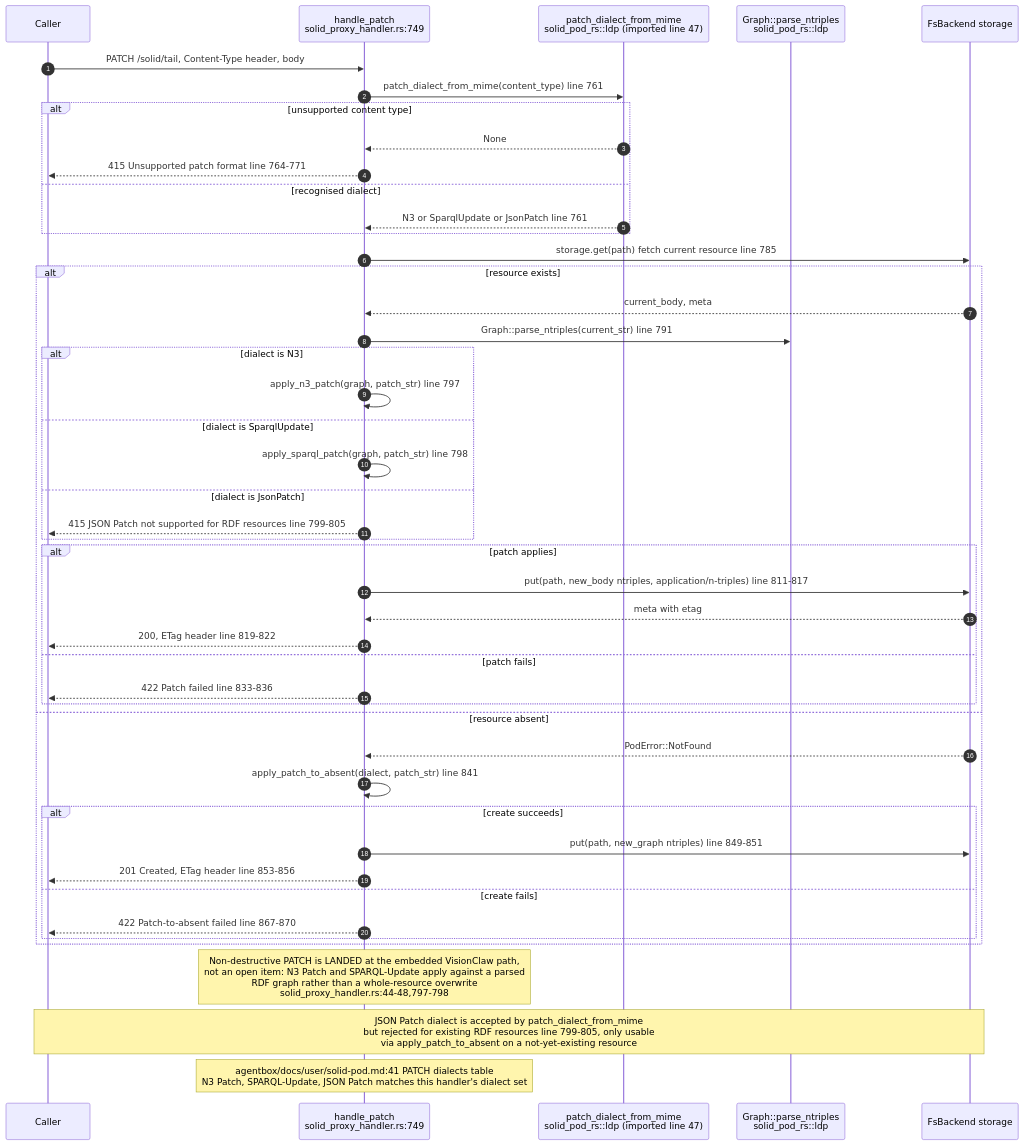
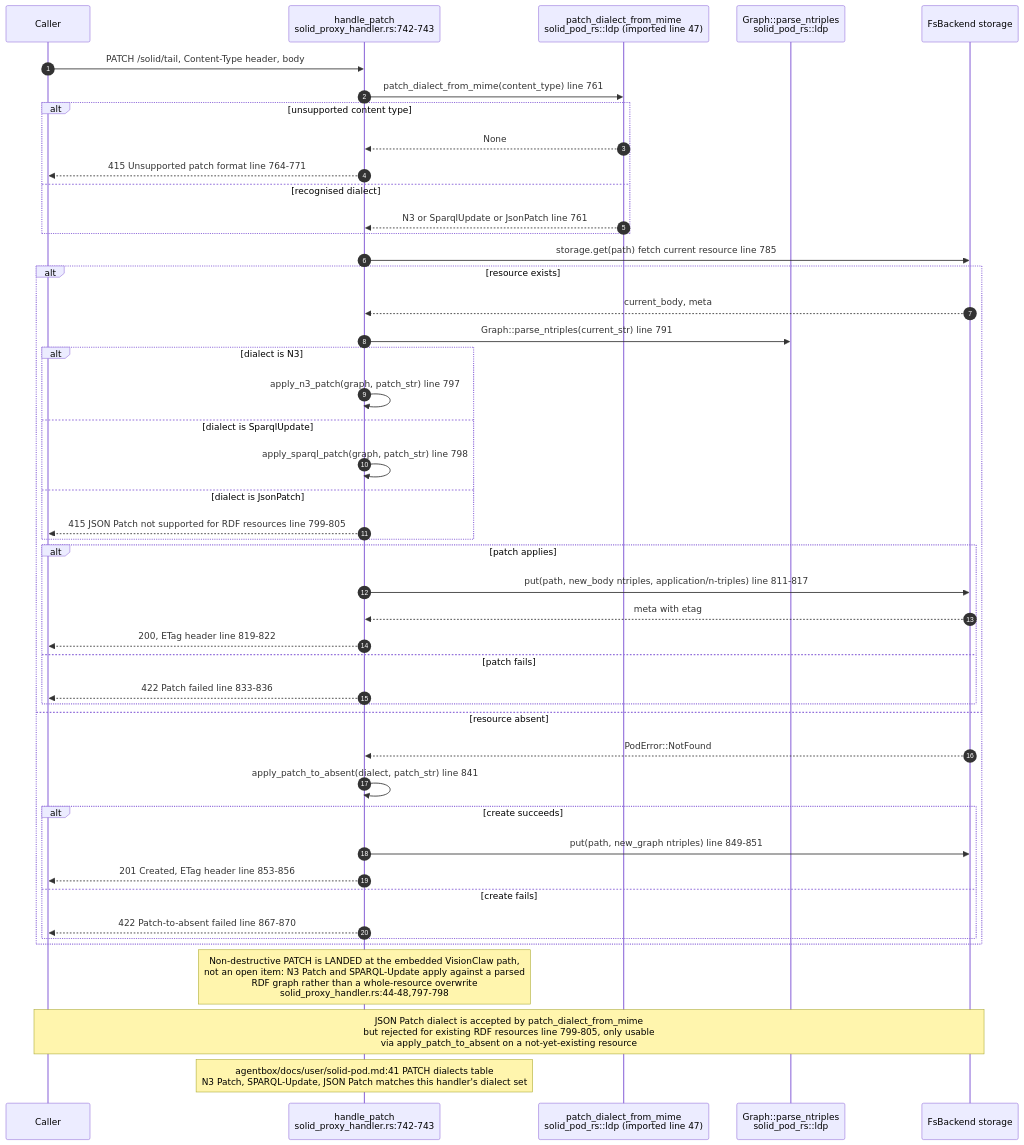
The sixth of 10 diagrams in docs/diagrams/estate/08-solid-pod-estate.md (DreamLab-AI/AR-AI-Knowledge-Graph), drawn with Mermaid before and after one commit. The commit also changed other lines of this file and 36 other files, not shown here.

````diff
--- a/docs/diagrams/estate/08-solid-pod-estate.md
+++ b/docs/diagrams/estate/08-solid-pod-estate.md
@@ -251,51 +251,51 @@
 ```mermaid
 sequenceDiagram
     autonumber
     participant C as Caller
-    participant H as handle_patch<br/>solid_proxy_handler.rs:749
+    participant H as handle_patch<br/>solid_proxy_handler.rs:742-743
     participant D as patch_dialect_from_mime<br/>solid_pod_rs::ldp (imported line 47)
     participant G as Graph::parse_ntriples<br/>solid_pod_rs::ldp
     participant FS as FsBackend storage
 
     C->>H: PATCH /solid/tail, Content-Type header, body
     H->>D: patch_dialect_from_mime(content_type) line 761
     alt unsupported content type
         D-->>H: None
         H-->>C: 415 Unsupported patch format line 764-771
     else recognised dialect
         D-->>H: N3 or SparqlUpdate or JsonPatch line 761
     end
 
     H->>FS: storage.get(path) fetch current resource line 785
     alt resource exists
         FS-->>H: current_body, meta
         H->>G: Graph::parse_ntriples(current_str) line 791
         alt dialect is N3
             H->>H: apply_n3_patch(graph, patch_str) line 797
         else dialect is SparqlUpdate
             H->>H: apply_sparql_patch(graph, patch_str) line 798
         else dialect is JsonPatch
             H-->>C: 415 JSON Patch not supported for RDF resources line 799-805
         end
         alt patch applies
             H->>FS: put(path, new_body ntriples, application/n-triples) line 811-817
             FS-->>H: meta with etag
             H-->>C: 200, ETag header line 819-822
         else patch fails
             H-->>C: 422 Patch failed line 833-836
         end
     else resource absent
         FS-->>H: PodError::NotFound
         H->>H: apply_patch_to_absent(dialect, patch_str) line 841
         alt create succeeds
             H->>FS: put(path, new_graph ntriples) line 849-851
             H-->>C: 201 Created, ETag header line 853-856
         else create fails
             H-->>C: 422 Patch-to-absent failed line 867-870
         end
     end
 
     Note over H: Non-destructive PATCH is LANDED at the embedded VisionClaw path,<br/>not an open item: N3 Patch and SPARQL-Update apply against a parsed<br/>RDF graph rather than a whole-resource overwrite<br/>solid_proxy_handler.rs:44-48,797-798
     Note over C,FS: JSON Patch dialect is accepted by patch_dialect_from_mime<br/>but rejected for existing RDF resources line 799-805, only usable<br/>via apply_patch_to_absent on a not-yet-existing resource
     Note over H: agentbox/docs/user/solid-pod.md:41 PATCH dialects table<br/>N3 Patch, SPARQL-Update, JSON Patch matches this handler's dialect set
 ```
````
